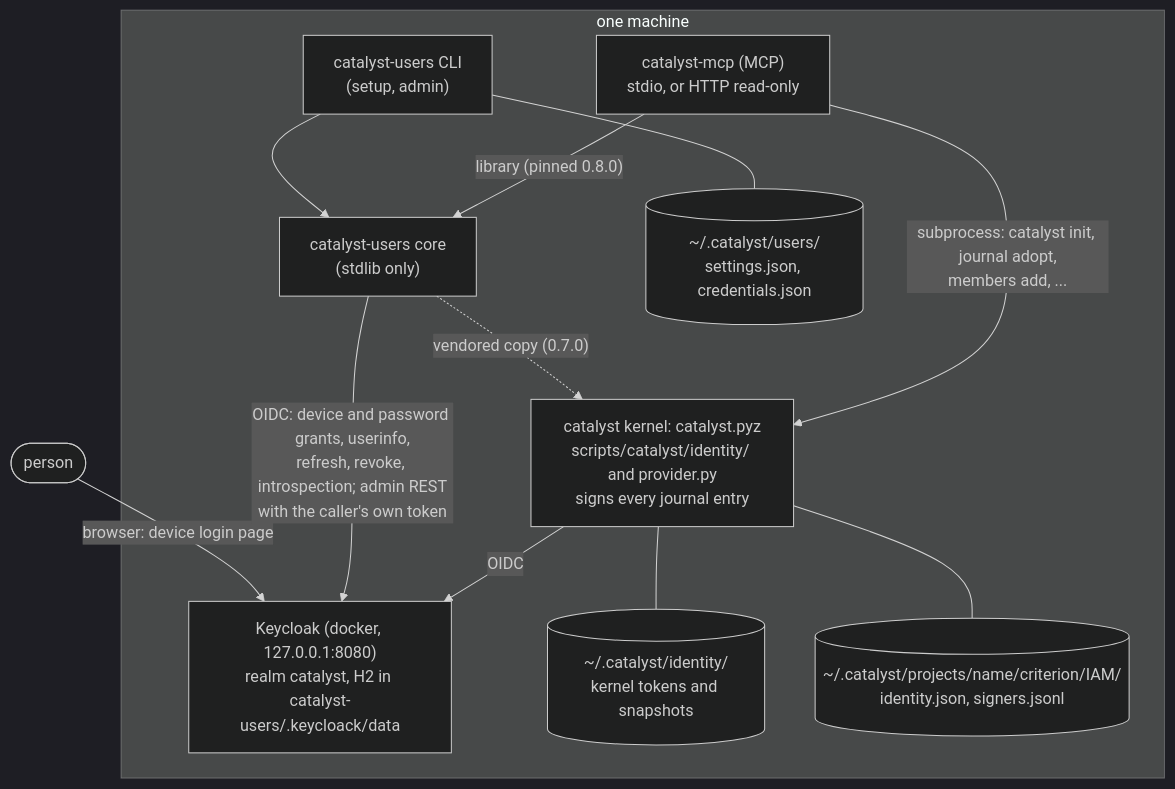
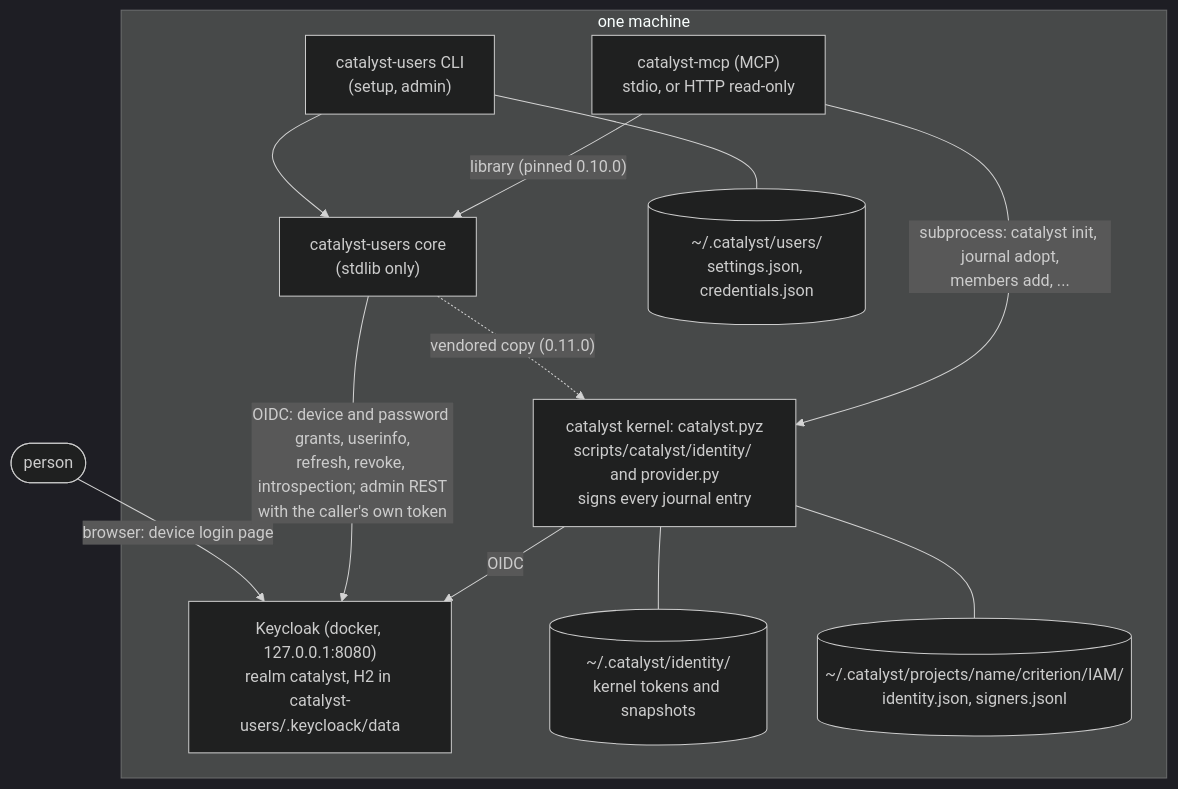
Before and after one commit to cantica-tech/catalyst-docs: the first of 18 diagrams in docs/guide/manual/50-identity-users-mcp.md, drawn with Mermaid (dark theme). The commit also changed other lines of this file and 9 other files, not shown here.

````diff
--- a/docs/guide/manual/50-identity-users-mcp.md
+++ b/docs/guide/manual/50-identity-users-mcp.md
@@ -41,23 +43,23 @@
 ```mermaid
 flowchart TB
   P(["person"]) -- "browser: device login page" --> KC
   subgraph M["one machine"]
     KC["Keycloak (docker, 127.0.0.1:8080)<br/>realm catalyst, H2 in catalyst-users/.keycloack/data"]
     CORE["catalyst-users core<br/>(stdlib only)"]
     UCLI["catalyst-users CLI<br/>(setup, admin)"]
     KER["catalyst kernel: catalyst.pyz<br/>scripts/catalyst/identity/ and provider.py<br/>signs every journal entry"]
     MCPS["catalyst-mcp (MCP)<br/>stdio, or HTTP read-only"]
     F1[("~/.catalyst/users/<br/>settings.json, credentials.json")]
     F2[("~/.catalyst/identity/<br/>kernel tokens and snapshots")]
     F3[("~/.catalyst/projects/name/criterion/IAM/<br/>identity.json, signers.jsonl")]
   end
   CORE -- "OIDC: device and password grants, userinfo,<br/>refresh, revoke, introspection; admin REST<br/>with the caller's own token" --> KC
   UCLI --> CORE
-  CORE -. "vendored copy (0.7.0)" .-> KER
+  CORE -. "vendored copy (0.11.0)" .-> KER
   KER -- "OIDC" --> KC
-  MCPS -- "library (pinned 0.8.0)" --> CORE
+  MCPS -- "library (pinned 0.10.0)" --> CORE
   MCPS -- "subprocess: catalyst init, journal adopt,<br/>members add, ..." --> KER
   UCLI --- F1
   KER --- F2
   KER --- F3
 ```
````
